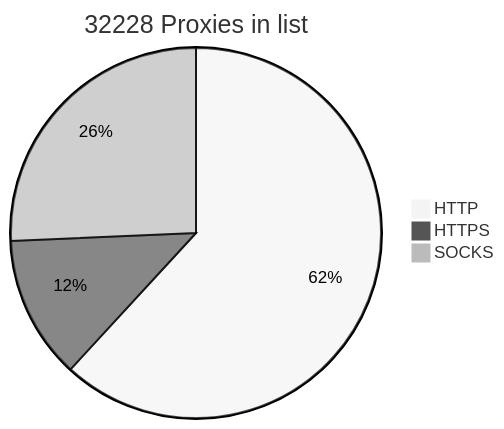
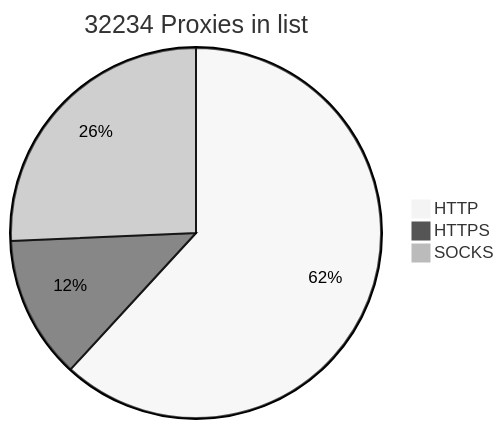
The diagram in README.md (BlackSnowDot/proxylist-update-every-minute), drawn with Mermaid (neutral theme) before and after one commit.

````diff
--- a/README.md
+++ b/README.md
@@ -2,6 +2,6 @@
 ```mermaid
-pie title 32228 Proxies in list
-    "HTTP" : 22006
-    "HTTPS": 4440
-    "SOCKS" : 9140
+pie title 32234 Proxies in list
+    "HTTP" : 22009
+    "HTTPS": 4441
+    "SOCKS" : 9142
 ```
````
